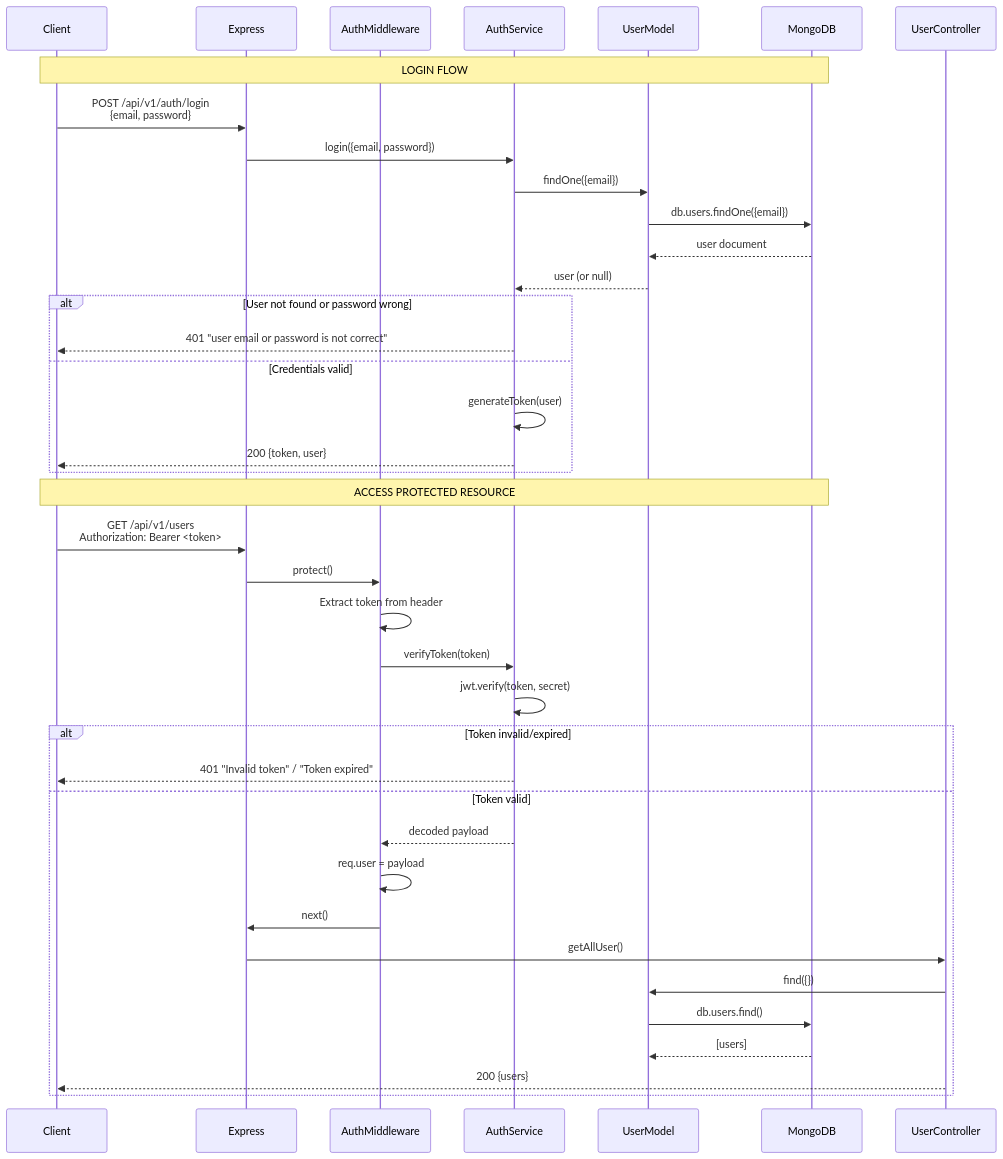
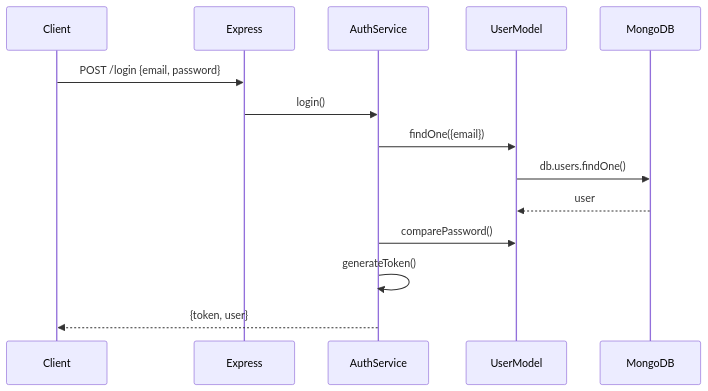
One commit to Slim-Hady/Auth-System changed the first of 2 diagrams in docs/README.md. Above: the diagram before and after it, drawn with Mermaid. The commit also changed other lines of this file and 6 other files, not shown here.

Commit message:
feat: add email service

````diff
--- a/docs/README.md
+++ b/docs/README.md
@@ -109,42 +745,17 @@
 ```mermaid
 sequenceDiagram
     participant Client
     participant Express
-    participant AuthMiddleware
     participant AuthService
     participant UserModel
     participant MongoDB
 
-    Note over Client,MongoDB: LOGIN FLOW
-    Client->>Express: POST /api/v1/auth/login<br/>{email, password}
-    Express->>AuthService: login({email, password})
+    Client->>Express: POST /login {email, password}
+    Express->>AuthService: login()
     AuthService->>UserModel: findOne({email})
-    UserModel->>MongoDB: db.users.findOne({email})
-    MongoDB-->>UserModel: user document
-    UserModel-->>AuthService: user (or null)
-    alt User not found or password wrong
-        AuthService-->>Client: 401 "user email or password is not correct"
-    else Credentials valid
-        AuthService->>AuthService: generateToken(user)
-        AuthService-->>Client: 200 {token, user}
-    end
-
-    Note over Client,MongoDB: ACCESS PROTECTED RESOURCE
-    Client->>Express: GET /api/v1/users<br/>Authorization: Bearer <token>
-    Express->>AuthMiddleware: protect()
-    AuthMiddleware->>AuthMiddleware: Extract token from header
-    AuthMiddleware->>AuthService: verifyToken(token)
-    AuthService->>AuthService: jwt.verify(token, secret)
-    alt Token invalid/expired
-        AuthService-->>Client: 401 "Invalid token" / "Token expired"
-    else Token valid
-        AuthService-->>AuthMiddleware: decoded payload
-        AuthMiddleware->>AuthMiddleware: req.user = payload
-        AuthMiddleware->>Express: next()
-        Express->>UserController: getAllUser()
-        UserController->>UserModel: find({})
-        UserModel->>MongoDB: db.users.find()
-        MongoDB-->>UserModel: [users]
-        UserController-->>Client: 200 {users}
-    end
+    UserModel->>MongoDB: db.users.findOne()
+    MongoDB-->>UserModel: user
+    AuthService->>UserModel: comparePassword()
+    AuthService->>AuthService: generateToken()
+    AuthService-->>Client: {token, user}
 ```
````
